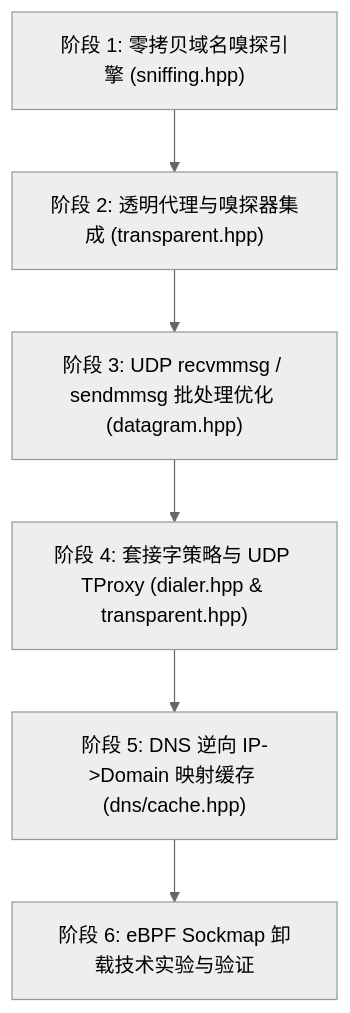
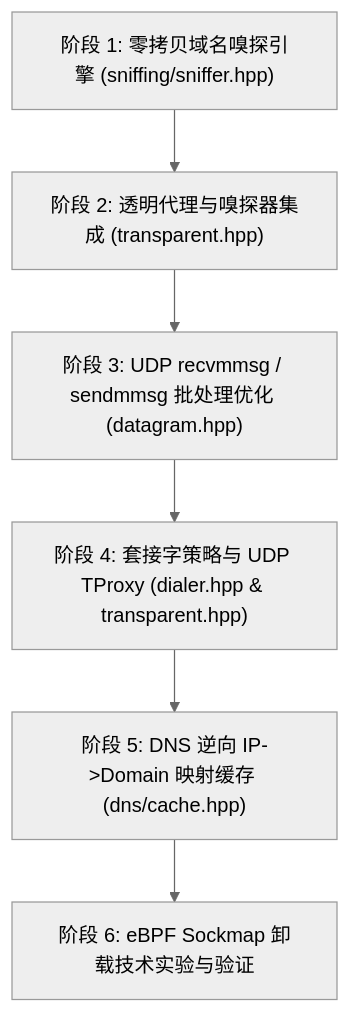
One commit to printf033/mynet changed the diagram in docs/dae_analysis_and_optimization_plan.md. Above: the diagram before and after it, drawn with Mermaid (neutral theme). The commit also changed other lines of this file and 62 other files, not shown here.

````diff
--- a/docs/dae_analysis_and_optimization_plan.md
+++ b/docs/dae_analysis_and_optimization_plan.md
@@ -282,8 +282,8 @@
 ```mermaid
 flowchart TD
-    M1["阶段 1: 零拷贝域名嗅探引擎 (sniffing.hpp)"] --> M2["阶段 2: 透明代理与嗅探器集成 (transparent.hpp)"]
+    M1["阶段 1: 零拷贝域名嗅探引擎 (sniffing/sniffer.hpp)"] --> M2["阶段 2: 透明代理与嗅探器集成 (transparent.hpp)"]
     M2 --> M3["阶段 3: UDP recvmmsg / sendmmsg 批处理优化 (datagram.hpp)"]
     M3 --> M4["阶段 4: 套接字策略与 UDP TProxy (dialer.hpp & transparent.hpp)"]
     M4 --> M5["阶段 5: DNS 逆向 IP->Domain 映射缓存 (dns/cache.hpp)"]
     M5 --> M6["阶段 6: eBPF Sockmap 卸载技术实验与验证"]
 ```
````
